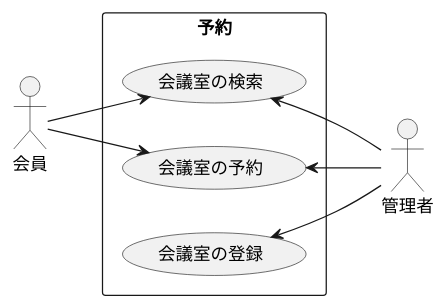
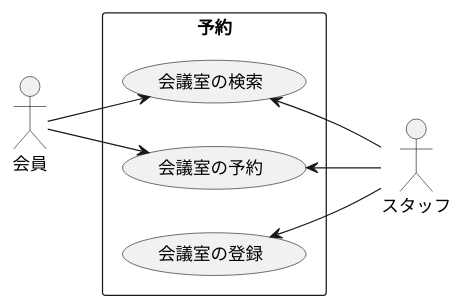
Diagram 19 of 24 in docs/index.adoc (k2works/case-study-mrs), drawn with PlantUML before and after one commit. The commit also changed other lines of this file, not shown here.

```diff
--- a/docs/index.adoc
+++ b/docs/index.adoc
@@ -598,18 +598,18 @@
 [plantuml]
 ----
 @startuml
 left to right direction
 actor "会員" as member
-actor "管理者" as admin
+actor "スタッフ" as admin
 rectangle 予約 {
   usecase "会議室の検索" as UC2
   usecase "会議室の予約" as UC3
   usecase "会議室の登録" as UC4
 }
 member --> UC2
 member --> UC3
 UC2 <-- admin
 UC3 <-- admin
 UC4 <-- admin
 @enduml
 ----
```
